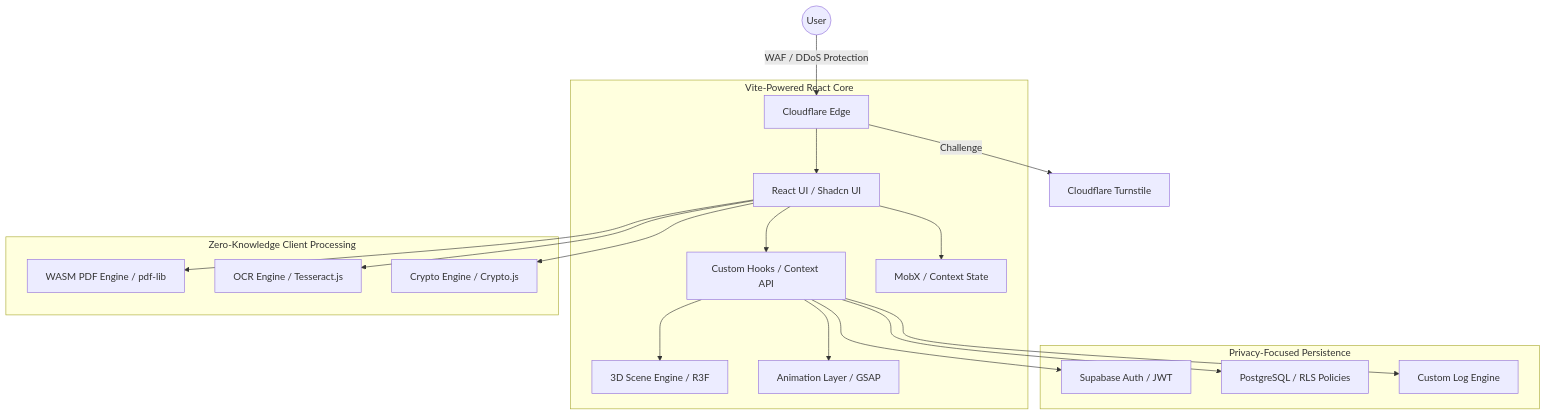
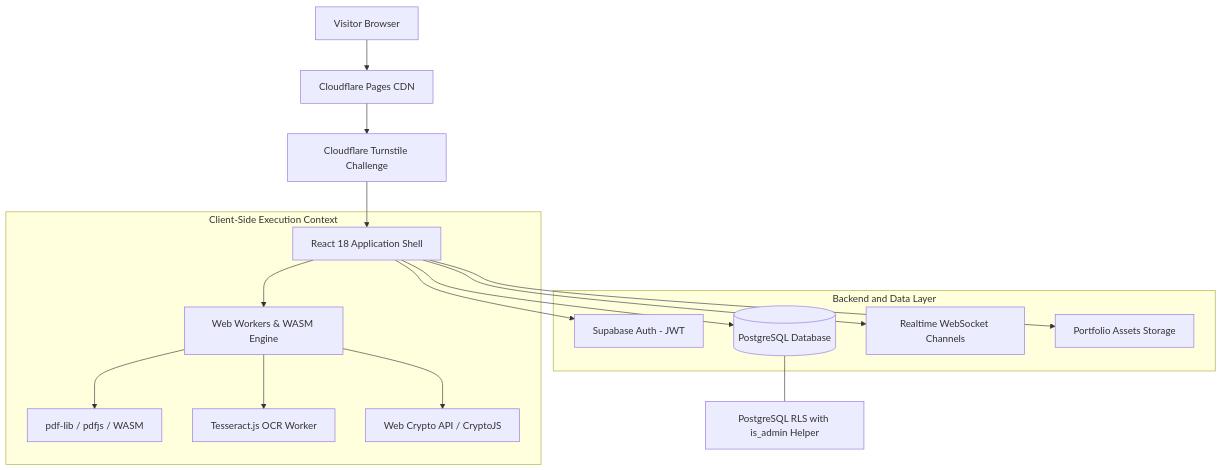
The diagram in README.md (Kushal96499/Personal-Portfolio), drawn with Mermaid before and after one commit. The commit also changed other lines of this file, not shown here.

Commit message:
docs: expand and restructure README with comprehensive architecture and feature documentation

````diff
--- a/README.md
+++ b/README.md
@@ -31,22 +49,22 @@
 ```mermaid
 graph TD
-    User((User)) -->|WAF / DDoS Protection| CF[Cloudflare Edge]
-    subgraph Frontend [Vite-Powered React Core]
-        CF --> UI[React UI / Shadcn UI]
-        UI --> Hooks[Custom Hooks / Context API]
-        UI --> Store[MobX / Context State]
-        Hooks --> Fiber[3D Scene Engine / R3F]
-        Hooks --> Motion[Animation Layer / GSAP]
+    Client[Visitor Browser] --> Edge[Cloudflare Pages CDN]
+    Edge --> Gate[Cloudflare Turnstile Challenge]
+    Gate --> App[React 18 Application Shell]
+
+    subgraph Client-Side Execution Context
+        App --> WorkerPool[Web Workers & WASM Engine]
+        WorkerPool --> PDFEngine[pdf-lib / pdfjs / WASM]
+        WorkerPool --> OCREngine[Tesseract.js OCR Worker]
+        WorkerPool --> CryptoEngine[Web Crypto API / CryptoJS]
     end
-    subgraph Computation [Zero-Knowledge Client Processing]
-        UI --> PDF[WASM PDF Engine / pdf-lib]
-        UI --> AI[OCR Engine / Tesseract.js]
-        UI --> Crypto[Crypto Engine / Crypto.js]
+
+    subgraph Backend and Data Layer
+        App --> SupabaseAuth[Supabase Auth - JWT]
+        App --> SupabaseDB[(PostgreSQL Database)]
+        App --> SupabaseRT[Realtime WebSocket Channels]
+        App --> SupabaseStorage[Portfolio Assets Storage]
     end
-    subgraph Backend [Privacy-Focused Persistence]
-        Hooks --> Auth[Supabase Auth / JWT]
-        Hooks --> DB[PostgreSQL / RLS Policies]
-        Hooks --> Analytics[Custom Log Engine]
-    end
-    CF -->|Challenge| Turnstile[Cloudflare Turnstile]
+
+    SupabaseDB --- RLS[PostgreSQL RLS with is_admin Helper]
 ```
````
